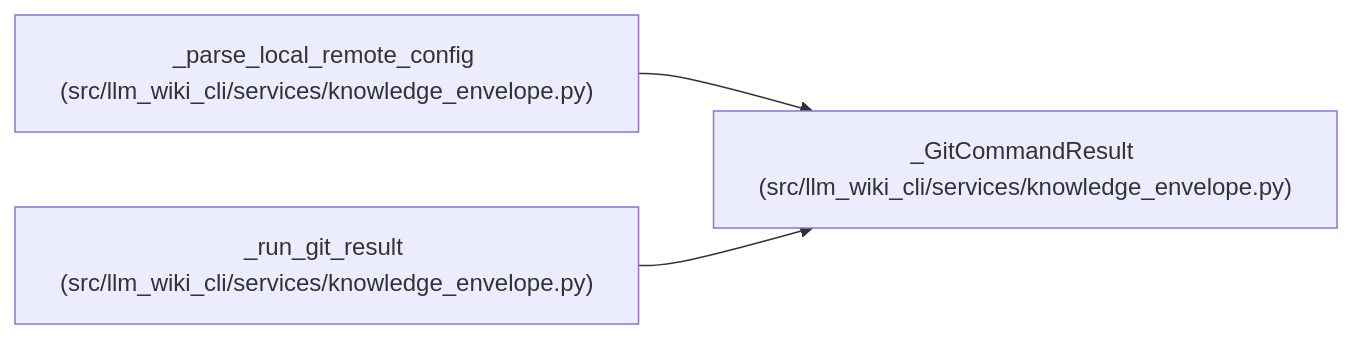
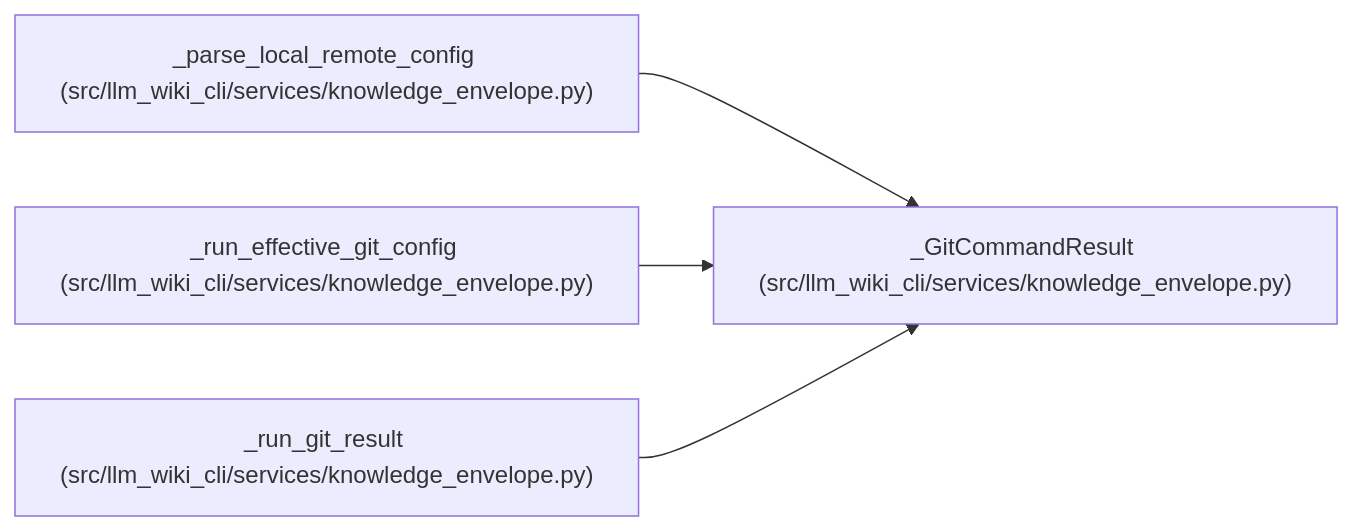
Before and after one commit to Denissvgn/python-wiki-llm: the diagram in docs/llm_wiki/entities/GitCommandResult.md, drawn with Mermaid. The commit also changed other lines of this file and 41 other files, not shown here.

````diff
--- a/docs/llm_wiki/entities/GitCommandResult.md
+++ b/docs/llm_wiki/entities/GitCommandResult.md
@@ -31,11 +31,14 @@
 ```mermaid
 flowchart LR
     n0["_GitCommandResult (src/llm_wiki_cli/services/knowledge_envelope.py)"]
     n1["_parse_local_remote_config (src/llm_wiki_cli/services/knowledge_envelope.py)"]
-    n2["_run_git_result (src/llm_wiki_cli/services/knowledge_envelope.py)"]
+    n2["_run_effective_git_config (src/llm_wiki_cli/services/knowledge_envelope.py)"]
+    n3["_run_git_result (src/llm_wiki_cli/services/knowledge_envelope.py)"]
     n1 --> n0
     n2 --> n0
+    n3 --> n0
     click n0 "../modules/knowledge_envelope.md"
     click n1 "../modules/knowledge_envelope.md"
     click n2 "../modules/knowledge_envelope.md"
+    click n3 "../modules/knowledge_envelope.md"
 ```
````
